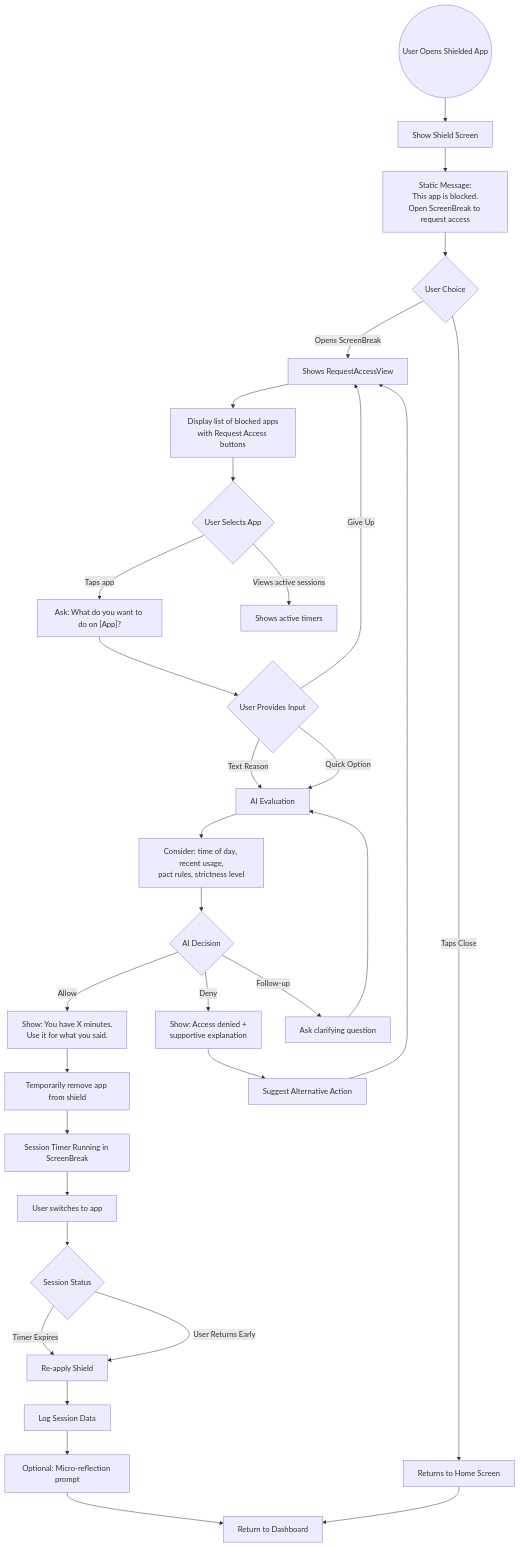
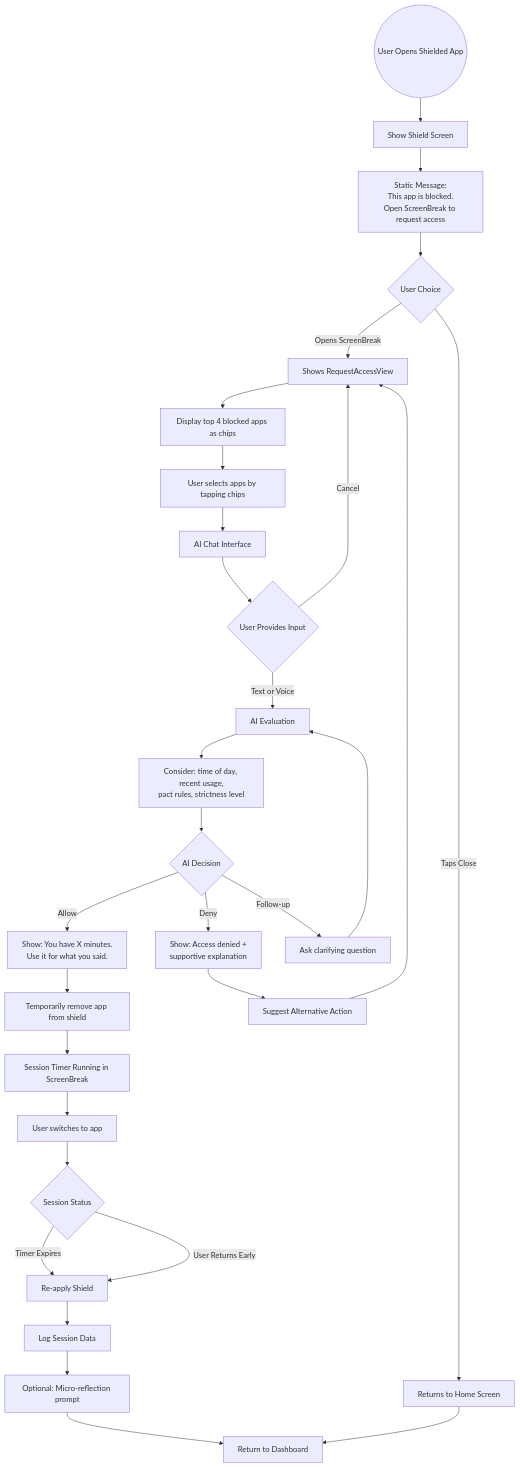
One commit to CyberHoward/ScreenBreak changed the third of 5 diagrams in blueprints/02_flows.md. Above: the diagram before and after it, drawn with Mermaid. The commit also changed other lines of this file and 23 other files, not shown here.

````diff
--- a/blueprints/02_flows.md
+++ b/blueprints/02_flows.md
@@ -134,49 +134,46 @@
 ```mermaid
 flowchart TD
     Start((User Opens Shielded App)) --> Shield[Show Shield Screen]
     
     Shield --> ShieldMsg["Static Message:<br/>This app is blocked.<br/>Open ScreenBreak to request access"]
     
     ShieldMsg --> UserChoice{User Choice}
     UserChoice -- Taps Close --> Home[Returns to Home Screen]
     UserChoice -- Opens ScreenBreak --> AppList[Shows RequestAccessView]
     
-    AppList --> BlockedApps[Display list of blocked apps<br/>with Request Access buttons]
+    AppList --> BlockedApps[Display top 4 blocked apps as chips]
+    BlockedApps --> Selection[User selects apps by tapping chips]
+    Selection --> ChatInterface[AI Chat Interface]
+    ChatInterface --> UserInput{User Provides Input}
     
-    BlockedApps --> SelectApp{User Selects App}
-    SelectApp -- Taps app --> Question["Ask: What do you want to do on [App]?"]
-    SelectApp -- Views active sessions --> SessionTimer[Shows active timers]
-    
-    Question --> UserInput{User Provides Input}
-    UserInput -- Text Reason --> AIEval[AI Evaluation]
-    UserInput -- Quick Option --> AIEval
-    UserInput -- Give Up --> AppList
+    UserInput -- Text or Voice --> AIEval[AI Evaluation]
+    UserInput -- Cancel --> AppList
     
     AIEval --> Context["Consider: time of day, recent usage,<br/>pact rules, strictness level"]
     
     Context --> Decision{AI Decision}
     
     Decision -- Allow --> Approve["Show: You have X minutes.<br/>Use it for what you said."]
     Decision -- Deny --> Deny["Show: Access denied +<br/>supportive explanation"]
     Decision -- Follow-up --> FollowUpQ[Ask clarifying question]
     
     FollowUpQ --> AIEval
     
     Approve --> RemoveShield[Temporarily remove app from shield]
     RemoveShield --> SessionActive[Session Timer Running in ScreenBreak]
     SessionActive --> UserSwitch[User switches to app]
     
     UserSwitch --> SessionEnd{Session Status}
     SessionEnd -- Timer Expires --> ReapplyShield[Re-apply Shield]
     SessionEnd -- User Returns Early --> ReapplyShield
     
     ReapplyShield --> Log[Log Session Data]
     Log --> MicroReflection[Optional: Micro-reflection prompt]
     MicroReflection --> End[Return to Dashboard]
     
     Deny --> SuggestAlt[Suggest Alternative Action]
     SuggestAlt --> AppList
     
     Home --> End
 
 ```
````
